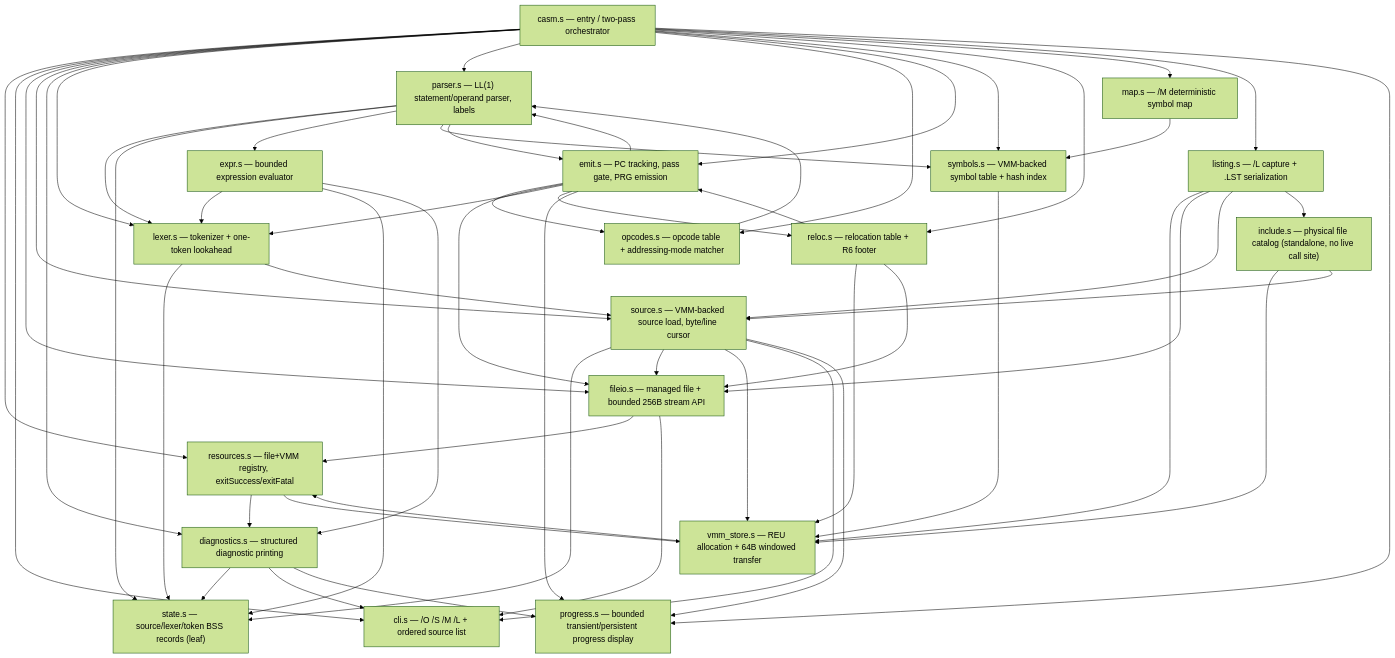
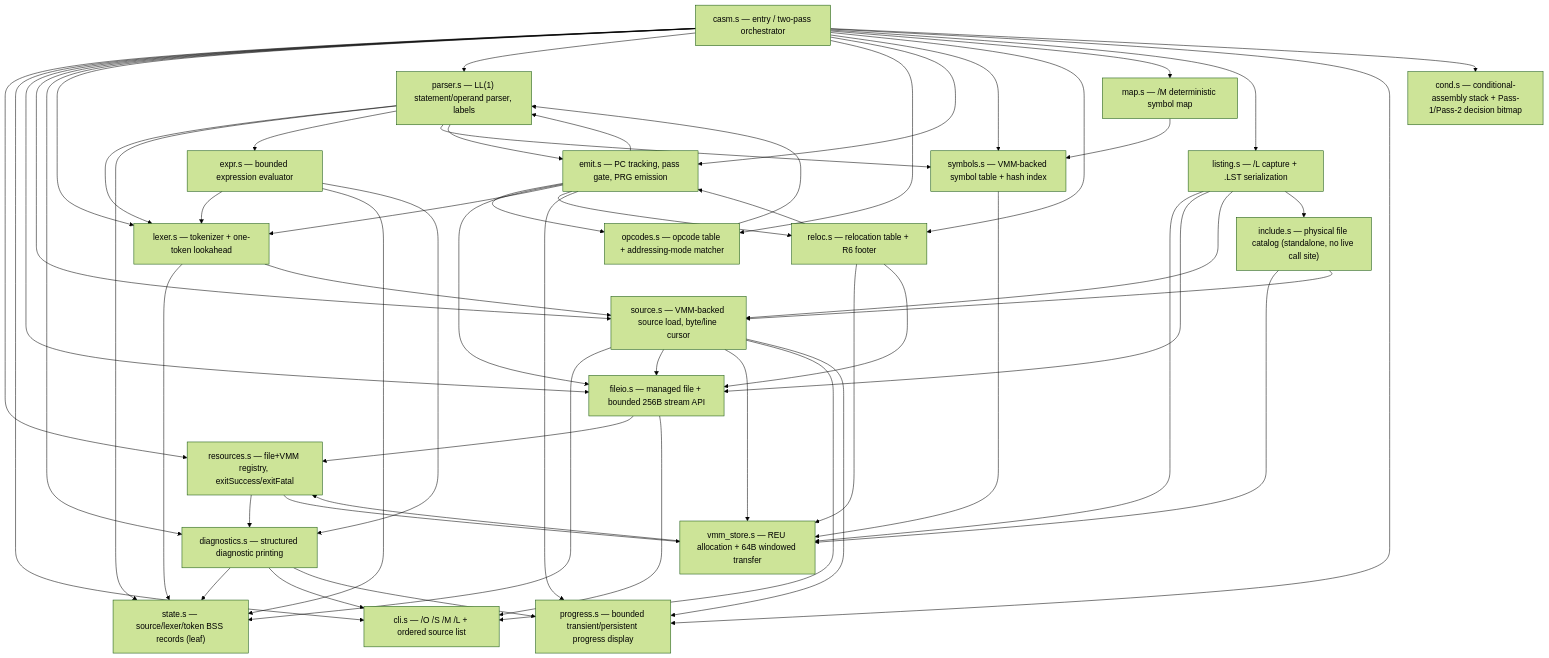
The first of 2 diagrams in wiki/casm-programmers-reference.md (corra/command64-os), drawn with Mermaid (forest theme) before and after one commit. The commit also changed other lines of this file and 5 other files, not shown here.

````diff
--- a/wiki/casm-programmers-reference.md
+++ b/wiki/casm-programmers-reference.md
@@ -59,42 +67,43 @@
 ```mermaid
 flowchart TD
     casm["casm.s — entry / two-pass orchestrator"]
     resources["resources.s — file+VMM registry, exitSuccess/exitFatal"]
     cli["cli.s — /O /S /M /L + ordered source list"]
     fileio["fileio.s — managed file + bounded 256B stream API"]
     vmm["vmm_store.s — REU allocation + 64B windowed transfer"]
     source["source.s — VMM-backed source load, byte/line cursor"]
     lexer["lexer.s — tokenizer + one-token lookahead"]
     parser["parser.s — LL(1) statement/operand parser, labels"]
     expr["expr.s — bounded expression evaluator"]
     symbols["symbols.s — VMM-backed symbol table + hash index"]
     opcodes["opcodes.s — opcode table + addressing-mode matcher"]
     reloc["reloc.s — relocation table + R6 footer"]
     include["include.s — physical file catalog (standalone, no live call site)"]
     diagnostics["diagnostics.s — structured diagnostic printing"]
     emit["emit.s — PC tracking, pass gate, PRG emission"]
     state["state.s — source/lexer/token BSS records (leaf)"]
     map["map.s — /M deterministic symbol map"]
     listing["listing.s — /L capture + .LST serialization"]
     progress["progress.s — bounded transient/persistent progress display"]
+    cond["cond.s — conditional-assembly stack + Pass-1/Pass-2 decision bitmap"]
 
-    casm --> resources & cli & fileio & source & diagnostics & lexer & parser & opcodes & emit & symbols & reloc & map & listing & progress
+    casm --> resources & cli & fileio & source & diagnostics & lexer & parser & opcodes & emit & symbols & reloc & map & listing & progress & cond
     include --> vmm & source
     emit --> parser & opcodes & fileio & lexer & reloc
     map --> symbols
     listing --> vmm & fileio & source & include
     parser --> lexer & state & expr & symbols & emit
     expr --> lexer & state & diagnostics
     symbols --> vmm
     reloc --> vmm & fileio & emit
     source --> state & fileio & vmm & cli
     fileio --> resources & cli
     lexer --> state & source
     opcodes --> parser
     vmm --> resources
     resources --> diagnostics & vmm
     diagnostics --> state & cli
     diagnostics --> progress
     source --> progress
     emit --> progress
 ```
````
